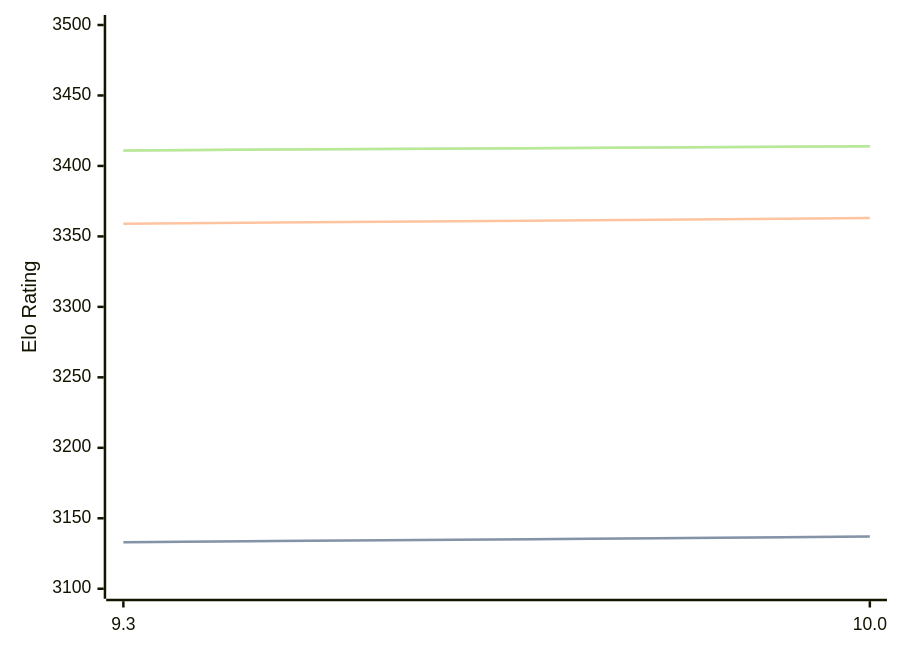
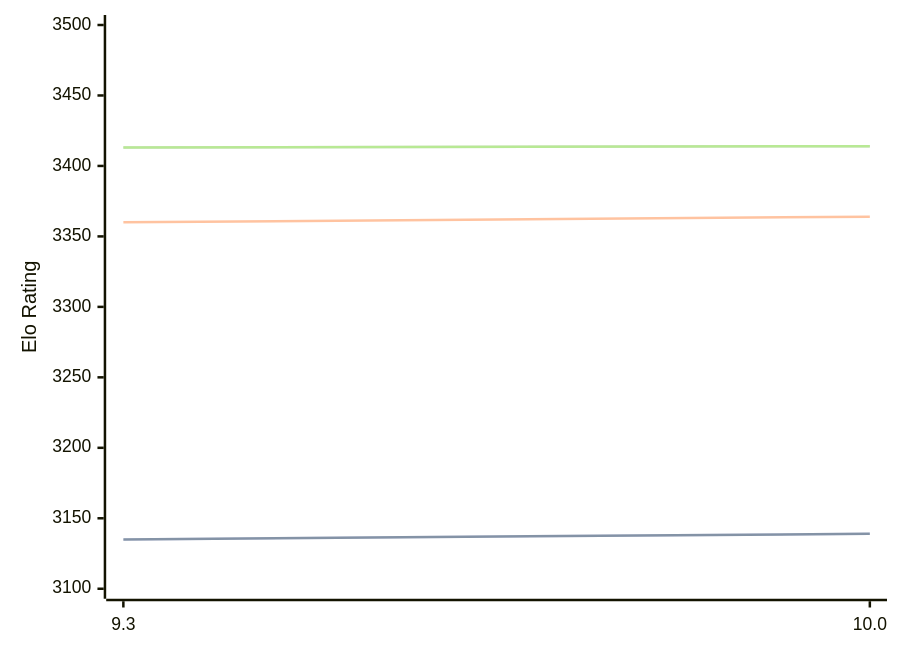
One commit to computer-chess-index/cci changed the third of 3 diagrams in engines/Fire.md. Above: the diagram before and after it, drawn with Mermaid. The commit also changed other lines of this file, not shown here.

Commit message:
Update CCI Ratings (ELO VLTC) - 2026-06-30

````diff
--- a/engines/Fire.md
+++ b/engines/Fire.md
@@ -80,11 +80,11 @@
 ```mermaid
 %%{init: {"theme":"base","themeVariables":{"seriesColors:['#a3a3a3','#222221','#faa371']}}}%%
 xychart-beta
   x-axis ["9.3", "10.0"]
   y-axis "Elo Rating" 3100 --> 3500
-  line "STC (8.0+0.08s)" [3133, 3137]
-  line "STC (8.0+0.08s)" [3133, 3137]
-  line "LTC (60.0+0.60s)" [3359, 3363]
-  line "VLTC (2m24s+1.12s)" [3411, 3414]
-  line "VLTC (2m24s+1.12s)" [3411, 3414]
+  line "STC (8.0+0.08s)" [3135, 3139]
+  line "STC (8.0+0.08s)" [3135, 3139]
+  line "LTC (60.0+0.60s)" [3360, 3364]
+  line "VLTC (2m24s+1.12s)" [3413, 3414]
+  line "VLTC (2m24s+1.12s)" [3413, 3414]
 ```
````
